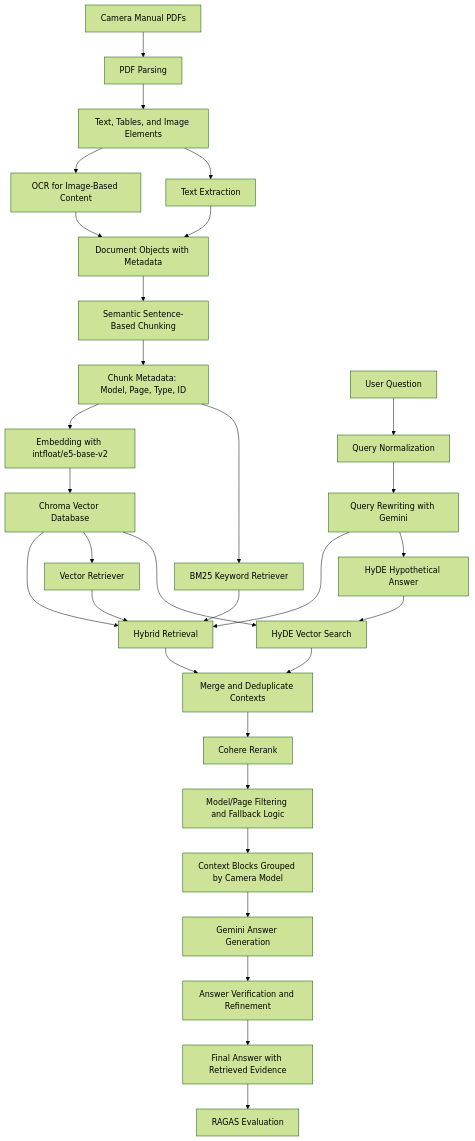
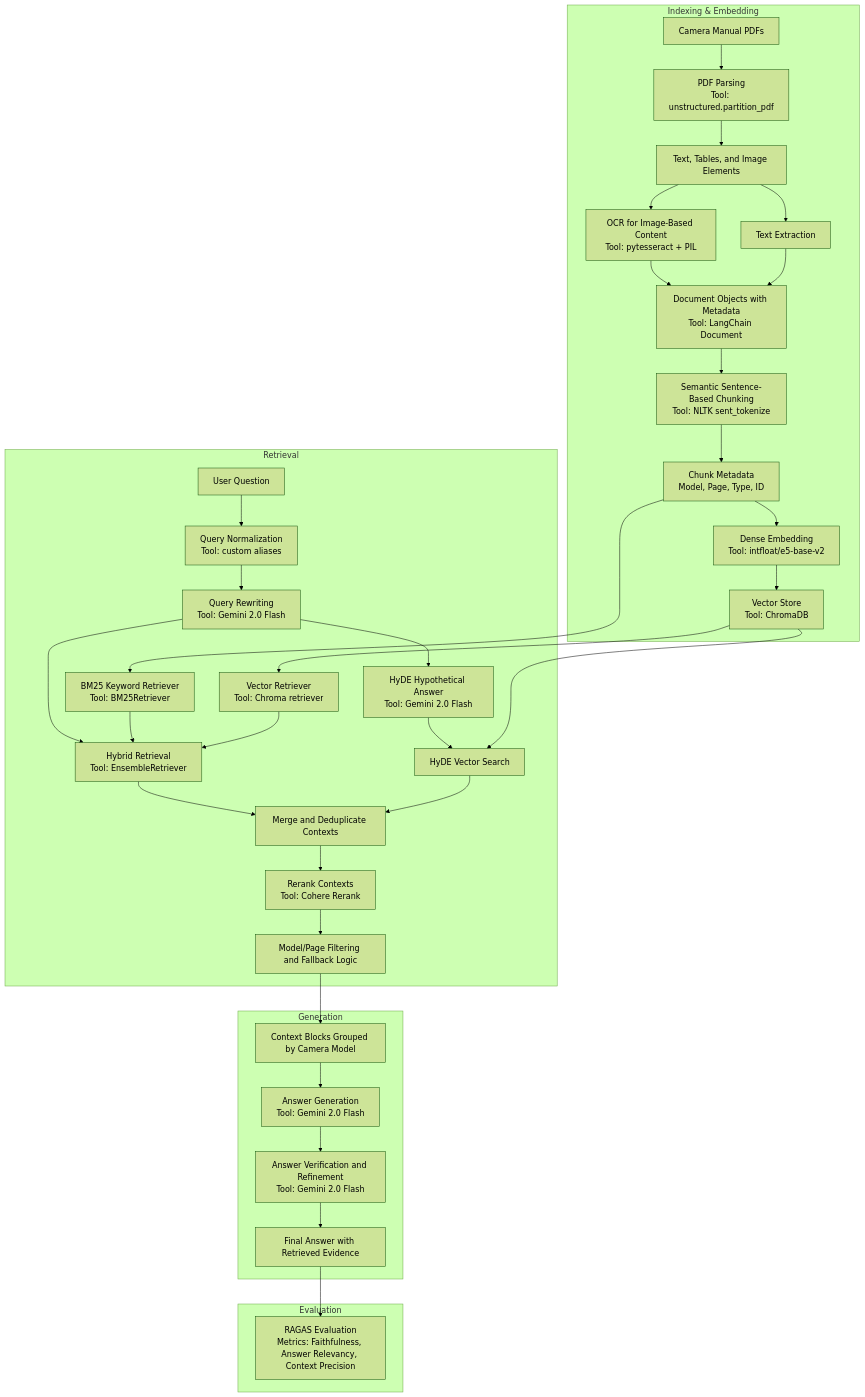
One commit to Angelina-yu-MinDun/Camera-Manual-Retrieval-Augmented-Generation-system-RAG changed the diagram in README.md. Above: the diagram before and after it, drawn with Mermaid (forest theme).

Commit message:
Group RAG pipeline diagram by indexing retrieval generation stages

````diff
--- a/README.md
+++ b/README.md
@@ -24,34 +24,57 @@
 ```mermaid
 flowchart TD
-    A[Camera Manual PDFs] --> B[PDF Parsing]
-    B --> C[Text, Tables, and Image Elements]
-    C --> D[OCR for Image-Based Content]
-    C --> E[Text Extraction]
-    D --> F[Document Objects with Metadata]
-    E --> F
-    F --> G[Semantic Sentence-Based Chunking]
-    G --> H[Chunk Metadata: Model, Page, Type, ID]
-    H --> I[Embedding with intfloat/e5-base-v2]
-    I --> J[Chroma Vector Database]
+    subgraph IDX["Indexing & Embedding"]
+        A[Camera Manual PDFs]
+        B[PDF Parsing<br/>Tool: unstructured.partition_pdf]
+        C[Text, Tables, and Image Elements]
+        D[OCR for Image-Based Content<br/>Tool: pytesseract + PIL]
+        E[Text Extraction]
+        F[Document Objects with Metadata<br/>Tool: LangChain Document]
+        G[Semantic Sentence-Based Chunking<br/>Tool: NLTK sent_tokenize]
+        H[Chunk Metadata<br/>Model, Page, Type, ID]
+        I[Dense Embedding<br/>Tool: intfloat/e5-base-v2]
+        J[Vector Store<br/>Tool: ChromaDB]
+    end
 
-    K[User Question] --> L[Query Normalization]
-    L --> M[Query Rewriting with Gemini]
-    M --> N[Hybrid Retrieval]
-    J --> N
-    H --> O[BM25 Keyword Retriever]
-    J --> P[Vector Retriever]
-    O --> N
-    P --> N
-    M --> Q[HyDE Hypothetical Answer]
-    Q --> R[HyDE Vector Search]
+    subgraph RET["Retrieval"]
+        K[User Question]
+        L[Query Normalization<br/>Tool: custom aliases]
+        M[Query Rewriting<br/>Tool: Gemini 2.0 Flash]
+        O[BM25 Keyword Retriever<br/>Tool: BM25Retriever]
+        P[Vector Retriever<br/>Tool: Chroma retriever]
+        N[Hybrid Retrieval<br/>Tool: EnsembleRetriever]
+        Q[HyDE Hypothetical Answer<br/>Tool: Gemini 2.0 Flash]
+        R[HyDE Vector Search]
+        S[Merge and Deduplicate Contexts]
+        T[Rerank Contexts<br/>Tool: Cohere Rerank]
+        U[Model/Page Filtering and Fallback Logic]
+    end
+
+    subgraph GEN["Generation"]
+        V[Context Blocks Grouped by Camera Model]
+        W[Answer Generation<br/>Tool: Gemini 2.0 Flash]
+        X[Answer Verification and Refinement<br/>Tool: Gemini 2.0 Flash]
+        Y[Final Answer with Retrieved Evidence]
+    end
+
+    subgraph EVAL["Evaluation"]
+        Z[RAGAS Evaluation<br/>Metrics: Faithfulness, Answer Relevancy, Context Precision]
+    end
+
+    A --> B --> C
+    C --> D --> F
+    C --> E --> F
+    F --> G --> H --> I --> J
+
+    K --> L --> M
+    M --> N
+    H --> O --> N
+    J --> P --> N
+    M --> Q --> R
     J --> R
-    N --> S[Merge and Deduplicate Contexts]
+    N --> S
     R --> S
-    S --> T[Cohere Rerank]
-    T --> U[Model/Page Filtering and Fallback Logic]
-    U --> V[Context Blocks Grouped by Camera Model]
-    V --> W[Gemini Answer Generation]
-    W --> X[Answer Verification and Refinement]
-    X --> Y[Final Answer with Retrieved Evidence]
-    Y --> Z[RAGAS Evaluation]
+    S --> T --> U
+
+    U --> V --> W --> X --> Y --> Z
 ```
````
